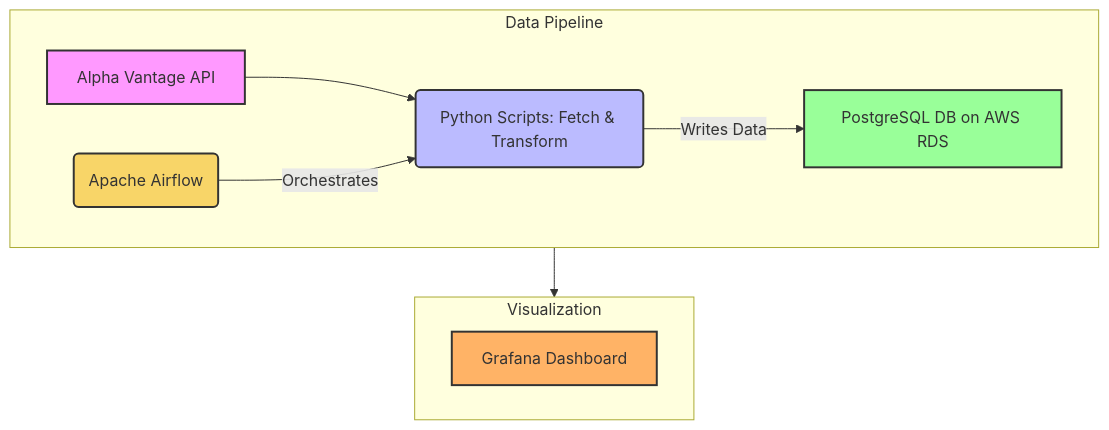
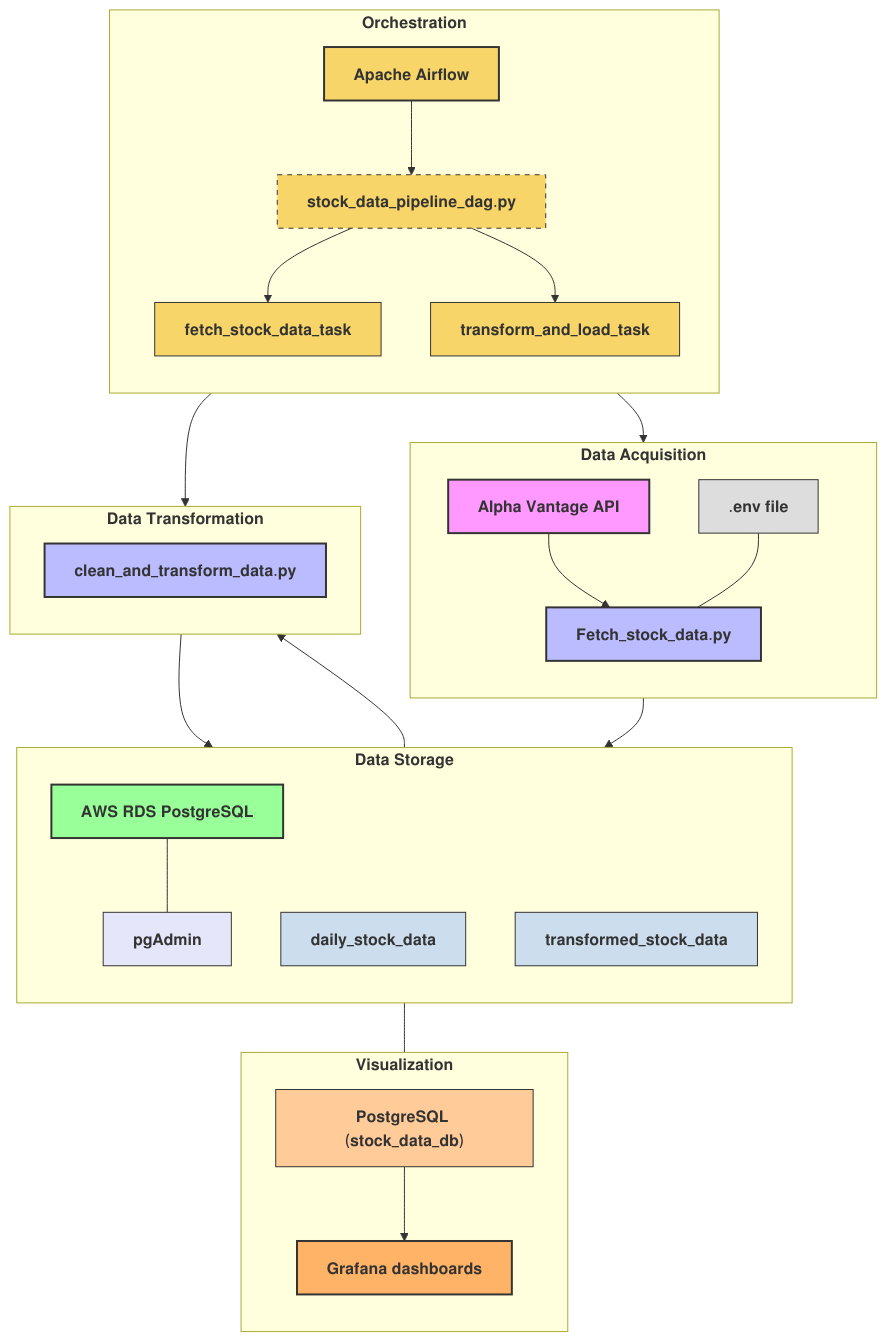
Before and after one commit to thegirlcoderr/stock-data-pipeline: the diagram in README.md, drawn with Mermaid.

Commit message:
enhance stock data pipeline flowchart

````diff
--- a/README.md
+++ b/README.md
@@ -7,21 +7,78 @@
 ```mermaid
-graph TD
-    subgraph "Data Pipeline"
-        direction LR
-        A[Alpha Vantage API] --> B(Python Scripts: Fetch & Transform)
-        C(Apache Airflow) -- Orchestrates --> B
-        B -- Writes Data --> D[PostgreSQL DB on AWS RDS]
+flowchart TB
+
+    %% Data Acquisition
+    subgraph DA["𝐃𝐚𝐭𝐚 𝐀𝐜𝐪𝐮𝐢𝐬𝐢𝐭𝐢𝐨𝐧"]
+        direction TB
+        API["𝐀𝐥𝐩𝐡𝐚 𝐕𝐚𝐧𝐭𝐚𝐠𝐞 𝐀𝐏𝐈"]
+        FSD["𝐅𝐞𝐭𝐜𝐡_𝐬𝐭𝐨𝐜𝐤_𝐝𝐚𝐭𝐚.𝐩𝐲"]
+        ENV[".𝐞𝐧𝐯 𝐟𝐢𝐥𝐞"]
     end
 
-    subgraph "Visualization"
-        direction LR
-        D --> E[Grafana Dashboard]
+    %% Data Transformation
+    subgraph DT["𝐃𝐚𝐭𝐚 𝐓𝐫𝐚𝐧𝐬𝐟𝐨𝐫𝐦𝐚𝐭𝐢𝐨𝐧"]
+        direction TB
+        CAT["𝐜𝐥𝐞𝐚𝐧_𝐚𝐧𝐝_𝐭𝐫𝐚𝐧𝐬𝐟𝐨𝐫𝐦_𝐝𝐚𝐭𝐚.𝐩𝐲"]
     end
 
-    style A fill:#f9f,stroke:#333,stroke-width:2px,color:#333
-    style B fill:#bbf,stroke:#333,stroke-width:2px,color:#333
-    style C fill:#f8d568,stroke:#333,stroke-width:2px,color:#333
-    style D fill:#9f9,stroke:#333,stroke-width:2px,color:#333
-    style E fill:#ffb366,stroke:#333,stroke-width:2px,color:#333
+    %% Data Storage
+    subgraph DS["𝐃𝐚𝐭𝐚 𝐒𝐭𝐨𝐫𝐚𝐠𝐞"]
+        direction TB
+        AWS["𝐀𝐖𝐒 𝐑𝐃𝐒 𝐏𝐨𝐬𝐭𝐠𝐫𝐞𝐒𝐐𝐋"]
+        T1["𝐝𝐚𝐢𝐥𝐲_𝐬𝐭𝐨𝐜𝐤_𝐝𝐚𝐭𝐚"]
+        T2["𝐭𝐫𝐚𝐧𝐬𝐟𝐨𝐫𝐦𝐞𝐝_𝐬𝐭𝐨𝐜𝐤_𝐝𝐚𝐭𝐚"]
+        PG["𝐩𝐠𝐀𝐝𝐦𝐢𝐧"]
+    end
+
+    %% Orchestration
+    subgraph ORC["𝐎𝐫𝐜𝐡𝐞𝐬𝐭𝐫𝐚𝐭𝐢𝐨𝐧"]
+        direction TB
+        AF["𝐀𝐩𝐚𝐜𝐡𝐞 𝐀𝐢𝐫𝐟𝐥𝐨𝐰"]
+        DAG["𝐬𝐭𝐨𝐜𝐤_𝐝𝐚𝐭𝐚_𝐩𝐢𝐩𝐞𝐥𝐢𝐧𝐞_𝐝𝐚𝐠.𝐩𝐲"]
+        FT["𝐟𝐞𝐭𝐜𝐡_𝐬𝐭𝐨𝐜𝐤_𝐝𝐚𝐭𝐚_𝐭𝐚𝐬𝐤"]
+        TT["𝐭𝐫𝐚𝐧𝐬𝐟𝐨𝐫𝐦_𝐚𝐧𝐝_𝐥𝐨𝐚𝐝_𝐭𝐚𝐬𝐤"]
+    end
+
+    %% Visualization
+    subgraph VIS["𝐕𝐢𝐬𝐮𝐚𝐥𝐢𝐳𝐚𝐭𝐢𝐨𝐧"]
+        direction TB
+        GF["𝐆𝐫𝐚𝐟𝐚𝐧𝐚 𝐝𝐚𝐬𝐡𝐛𝐨𝐚𝐫𝐝𝐬"]
+        GFDB["𝐏𝐨𝐬𝐭𝐠𝐫𝐞𝐒𝐐𝐋 (𝐬𝐭𝐨𝐜𝐤_𝐝𝐚𝐭𝐚_𝐝𝐛)"]
+    end
+
+    %% Connections
+    API --> FSD
+    FSD --> T1
+    ENV --- FSD
+
+    T1 --> CAT
+    CAT --> T2
+
+    AWS --- PG
+
+    T2 --- GFDB
+    GFDB --> GF
+
+    AF --> DAG
+    DAG --> FT
+    DAG --> TT
+    FT --> FSD
+    TT --> CAT
+
+    %% Styling
+    style API fill:#f9f,stroke:#333,stroke-width:2px,color:#333
+    style FSD fill:#bbf,stroke:#333,stroke-width:2px,color:#333
+    style ENV fill:#ddd,stroke:#333,stroke-width:1px,color:#333
+    style CAT fill:#bbf,stroke:#333,stroke-width:2px,color:#333
+    style AWS fill:#9f9,stroke:#333,stroke-width:2px,color:#333
+    style T1 fill:#cde,stroke:#333,stroke-width:1px,color:#333
+    style T2 fill:#cde,stroke:#333,stroke-width:1px,color:#333
+    style PG fill:#e6e6fa,stroke:#333,stroke-width:1px,color:#333
+    style AF fill:#f8d568,stroke:#333,stroke-width:2px,color:#333
+    style DAG fill:#f8d568,stroke:#333,stroke-width:1px,color:#333,stroke-dasharray: 5 5
+    style FT fill:#f8d568,stroke:#333,stroke-width:1px,color:#333
+    style TT fill:#f8d568,stroke:#333,stroke-width:1px,color:#333
+    style GF fill:#ffb366,stroke:#333,stroke-width:2px,color:#333
+    style GFDB fill:#ffcc99,stroke:#333,stroke-width:1px,color:#333
 
 ```
````
